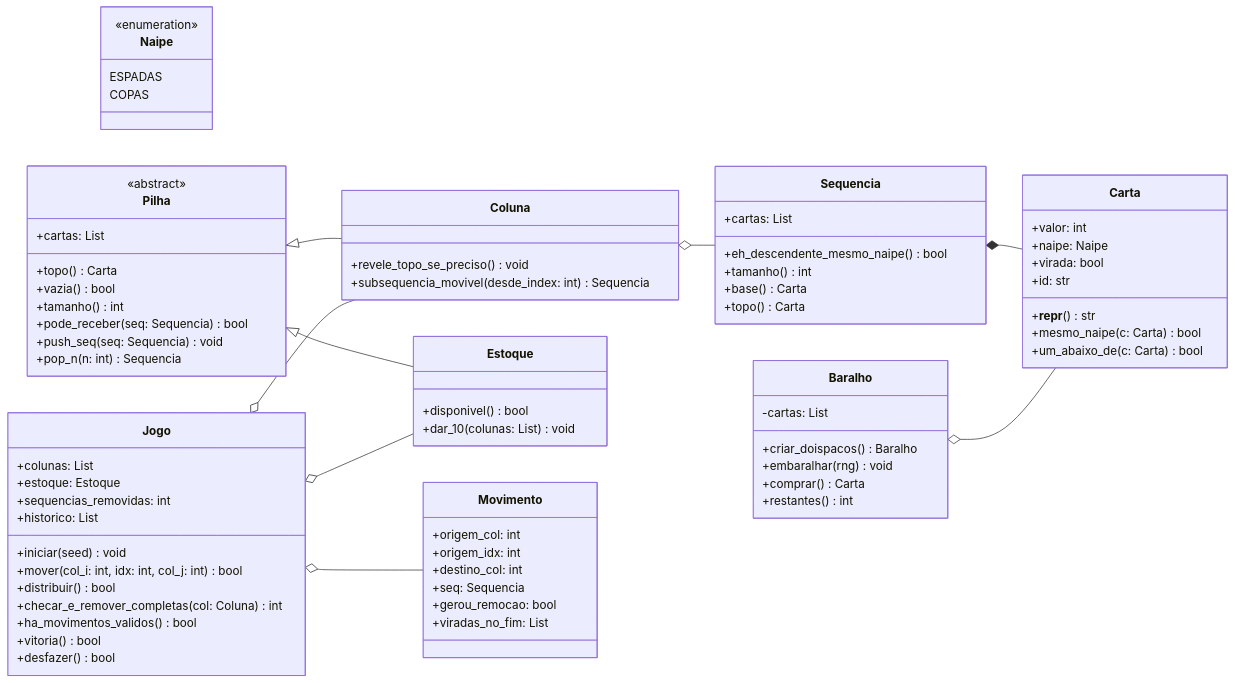
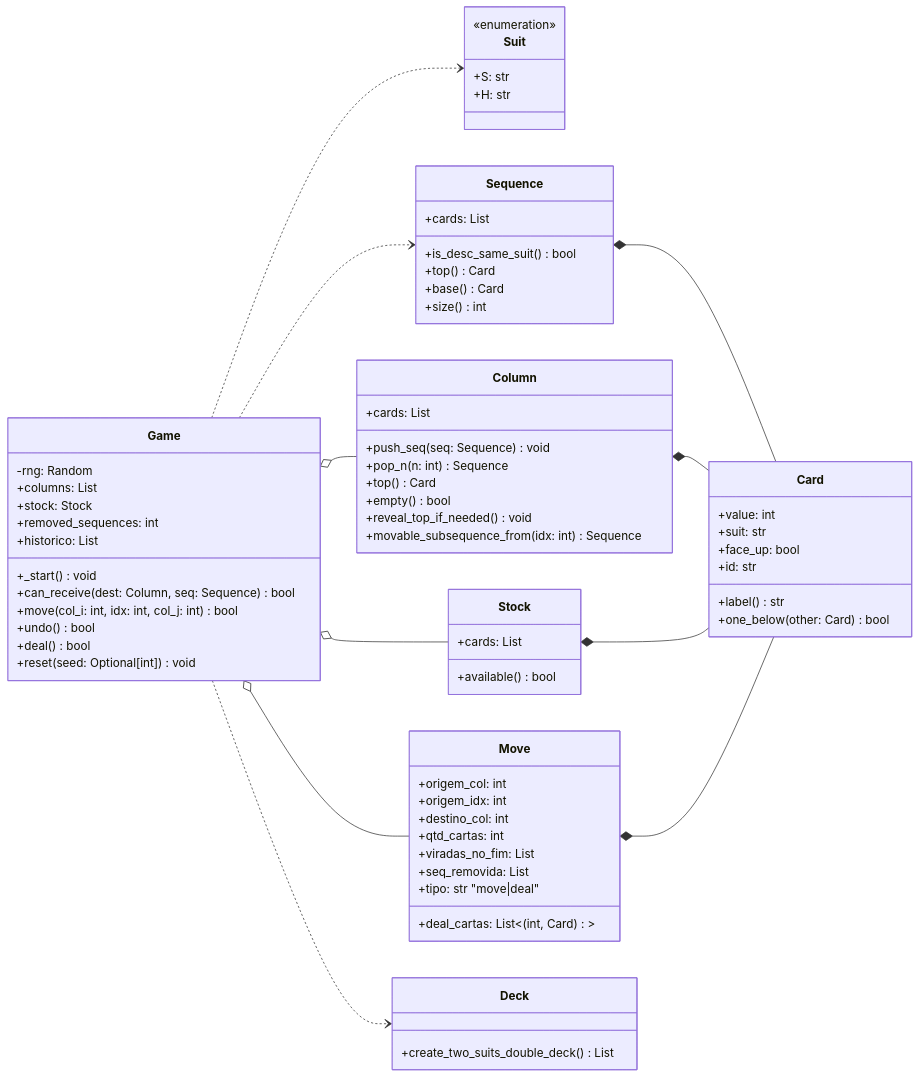
One commit to rafelix51/spider-arcade changed the first of 4 diagrams in readme.md. Above: the diagram before and after it, drawn with Mermaid. The commit also changed other lines of this file, not shown here.

````diff
--- a/readme.md
+++ b/readme.md
@@ -46,88 +46,83 @@
 classDiagram
     direction LR
 
-    class Carta {
-        +valor: int
-        +naipe: Naipe
-        +virada: bool
-        +id: str
-        +__repr__() str
-        +mesmo_naipe(c: Carta) bool
-        +um_abaixo_de(c: Carta) bool
+    class Suit {
+        <<enumeration>>
+        +S: str
+        +H: str
     }
 
-    class Naipe {
-        <<enumeration>>
-        ESPADAS
-        COPAS
+    class Card {
+        +value: int
+        +suit: str
+        +face_up: bool
+        +id: str
+        +label() str
+        +one_below(other: Card) bool
     }
 
-    class Pilha {
-        +cartas: List<Carta>
-        +topo() Carta
-        +vazia() bool
-        +tamanho() int
-        +pode_receber(seq: Sequencia) bool
-        +push_seq(seq: Sequencia) void
-        +pop_n(n: int) Sequencia
-    }
-    <<abstract>> Pilha
-
-    class Coluna {
-        +revele_topo_se_preciso() void
-        +subsequencia_movivel(desde_index: int) Sequencia
+    class Sequence {
+        +cards: List<Card>
+        +is_desc_same_suit() bool
+        +top() Card
+        +base() Card
+        +size() int
     }
 
-    class Estoque {
-        +disponivel() bool
-        +dar_10(colunas: List<Coluna>) void
-    }
-
-    class Baralho {
-        -cartas: List<Carta>
-        +criar_doispacos() Baralho
-        +embaralhar(rng) void
-        +comprar() Carta
-        +restantes() int
-    }
-
-    class Sequencia {
-        +cartas: List<Carta>
-        +eh_descendente_mesmo_naipe() bool
-        +tamanho() int
-        +base() Carta
-        +topo() Carta
-    }
-
-    class Jogo {
-        +colunas: List<Coluna>
-        +estoque: Estoque
-        +sequencias_removidas: int
-        +historico: List<Movimento>
-        +iniciar(seed) void
-        +mover(col_i: int, idx: int, col_j: int) bool
-        +distribuir() bool
-        +checar_e_remover_completas(col: Coluna) int
-        +ha_movimentos_validos() bool
-        +vitoria() bool
-        +desfazer() bool
-    }
-
-    class Movimento {
+    class Move {
         +origem_col: int
         +origem_idx: int
         +destino_col: int
-        +seq: Sequencia
-        +gerou_remocao: bool
-        +viradas_no_fim: List<Carta>
+        +qtd_cartas: int
+        +viradas_no_fim: List<Card>
+        +seq_removida: List<Card>
+        +tipo: str  "move|deal"
+        +deal_cartas: List<(int, Card)>
     }
 
-    Pilha <|-- Coluna
-    Pilha <|-- Estoque
-    Coluna o-- Sequencia
-    Sequencia *-- Carta
-    Jogo o-- Coluna
-    Jogo o-- Estoque
-    Jogo o-- Movimento
-    Baralho o-- Carta
+    class Column {
+        +cards: List<Card>
+        +push_seq(seq: Sequence) void
+        +pop_n(n: int) Sequence
+        +top() Card
+        +empty() bool
+        +reveal_top_if_needed() void
+        +movable_subsequence_from(idx: int) Sequence
+    }
+
+    class Stock {
+        +cards: List<Card>
+        +available() bool
+    }
+
+    class Deck {
+        +create_two_suits_double_deck() List<Card$
+    }
+
+    class Game {
+        -rng: Random
+        +columns: List<Column>
+        +stock: Stock
+        +removed_sequences: int
+        +historico: List<Move>
+        +_start() void
+        +can_receive(dest: Column, seq: Sequence) bool
+        +move(col_i: int, idx: int, col_j: int) bool
+        +undo() bool
+        +deal() bool
+        +reset(seed: Optional[int]) void
+    }
+
+    %% Relações
+    Sequence *-- Card
+    Column *-- Card
+    Stock *-- Card
+    Move *-- Card
+
+    Game o-- Column
+    Game o-- Stock
+    Game o-- Move
+    Game ..> Deck
+    Game ..> Sequence
+    Game ..> Suit
 ```
````
